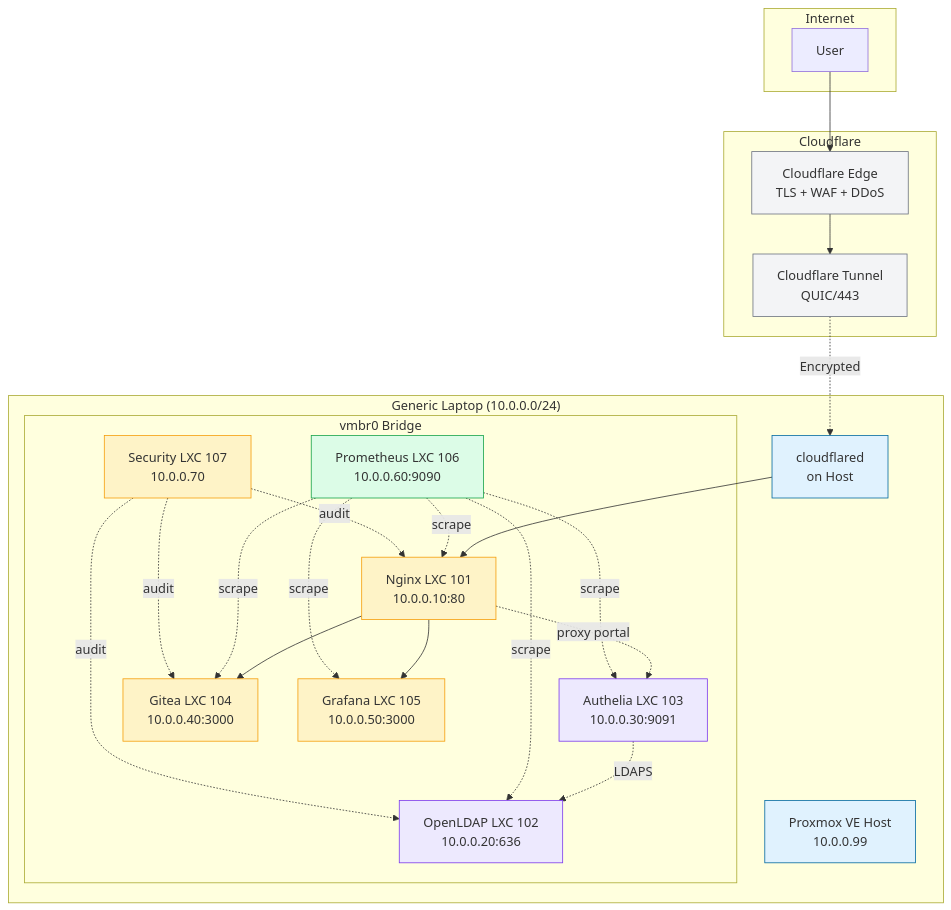
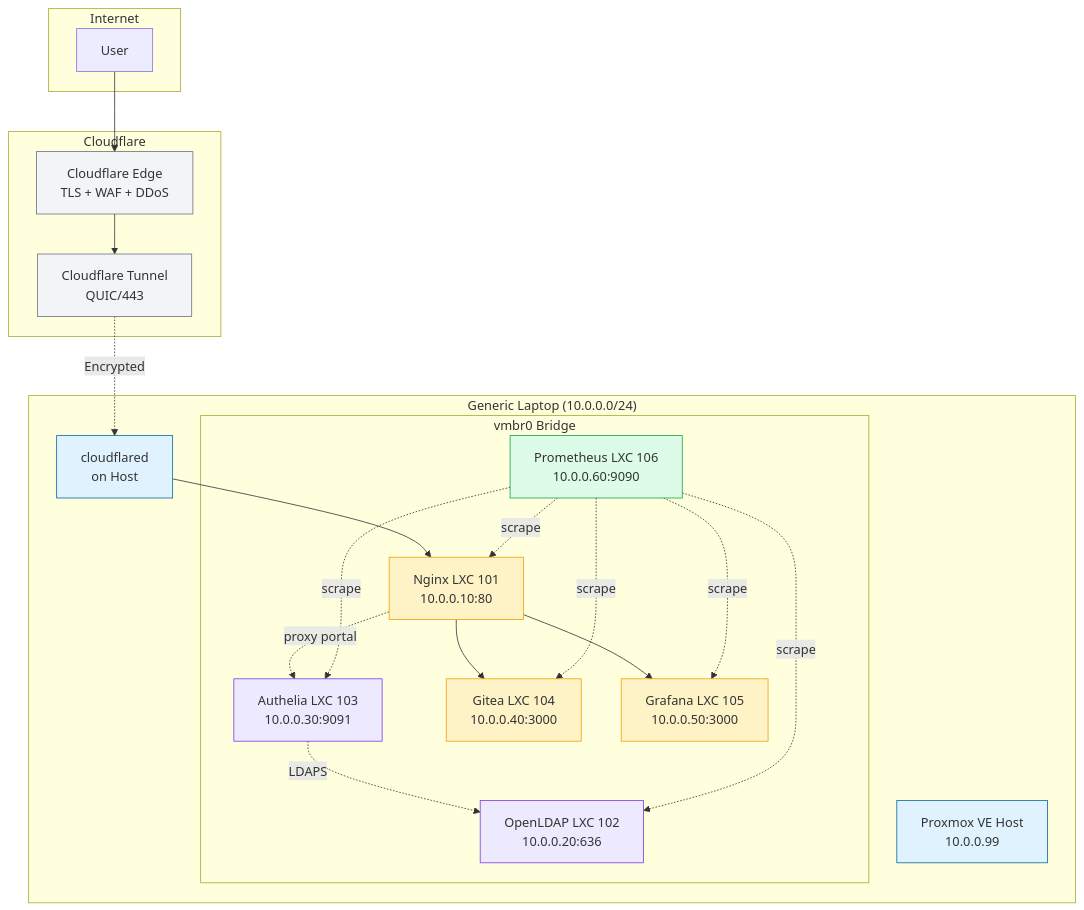
The diagram in diagrams/architecture.mmd (dmaljkovic/proxmox-homelab), drawn with Mermaid before and after one commit. The commit also changed 9 other files, not shown here.

Commit message:
Remove Phase 8 (Security LXC) from docs, diagrams, and Ansible inventory

```diff
--- a/diagrams/architecture.mmd
+++ b/diagrams/architecture.mmd
@@ -1,53 +1,49 @@
 graph TB
     subgraph Internet
         User[User]
     end
     
     subgraph "Cloudflare"
         Edge[Cloudflare Edge<br/>TLS + WAF + DDoS]
         Tunnel[Cloudflare Tunnel<br/>QUIC/443]
     end
     
     subgraph "Generic Laptop (10.0.0.0/24)"
         Host[Proxmox VE Host<br/>10.0.0.99]
         CF[cloudflared<br/>on Host]
         
         subgraph "vmbr0 Bridge"
             Nginx[Nginx LXC 101<br/>10.0.0.10:80]
             LDAP[OpenLDAP LXC 102<br/>10.0.0.20:636]
             Authelia[Authelia LXC 103<br/>10.0.0.30:9091]
             Gitea[Gitea LXC 104<br/>10.0.0.40:3000]
             Grafana[Grafana LXC 105<br/>10.0.0.50:3000]
             Prom[Prometheus LXC 106<br/>10.0.0.60:9090]
-            Sec[Security LXC 107<br/>10.0.0.70]
         end
     end
     
     User --> Edge
     Edge --> Tunnel
     Tunnel -.->|Encrypted| CF
     CF --> Nginx
     Nginx -.->|proxy portal| Authelia
     Authelia -.->|LDAPS| LDAP
     Nginx --> Gitea
     Nginx --> Grafana
     Prom -.->|scrape| Nginx
     Prom -.->|scrape| Gitea
     Prom -.->|scrape| Grafana
     Prom -.->|scrape| Authelia
     Prom -.->|scrape| LDAP
-    Sec -.->|audit| Nginx
-    Sec -.->|audit| LDAP
-    Sec -.->|audit| Gitea
     
     classDef cloud fill:#f3f4f6,stroke:#6b7280
     classDef host fill:#e0f2fe,stroke:#0369a1
     classDef lxc fill:#fef3c7,stroke:#f59e0b
     classDef identity fill:#ede9fe,stroke:#7c3aed
     classDef monitoring fill:#dcfce7,stroke:#16a34a
     
     class Edge,Tunnel cloud
     class Host,CF host
-    class Nginx,Gitea,Grafana,Sec lxc
+    class Nginx,Gitea,Grafana lxc
     class LDAP,Authelia identity
     class Prom monitoring
```
